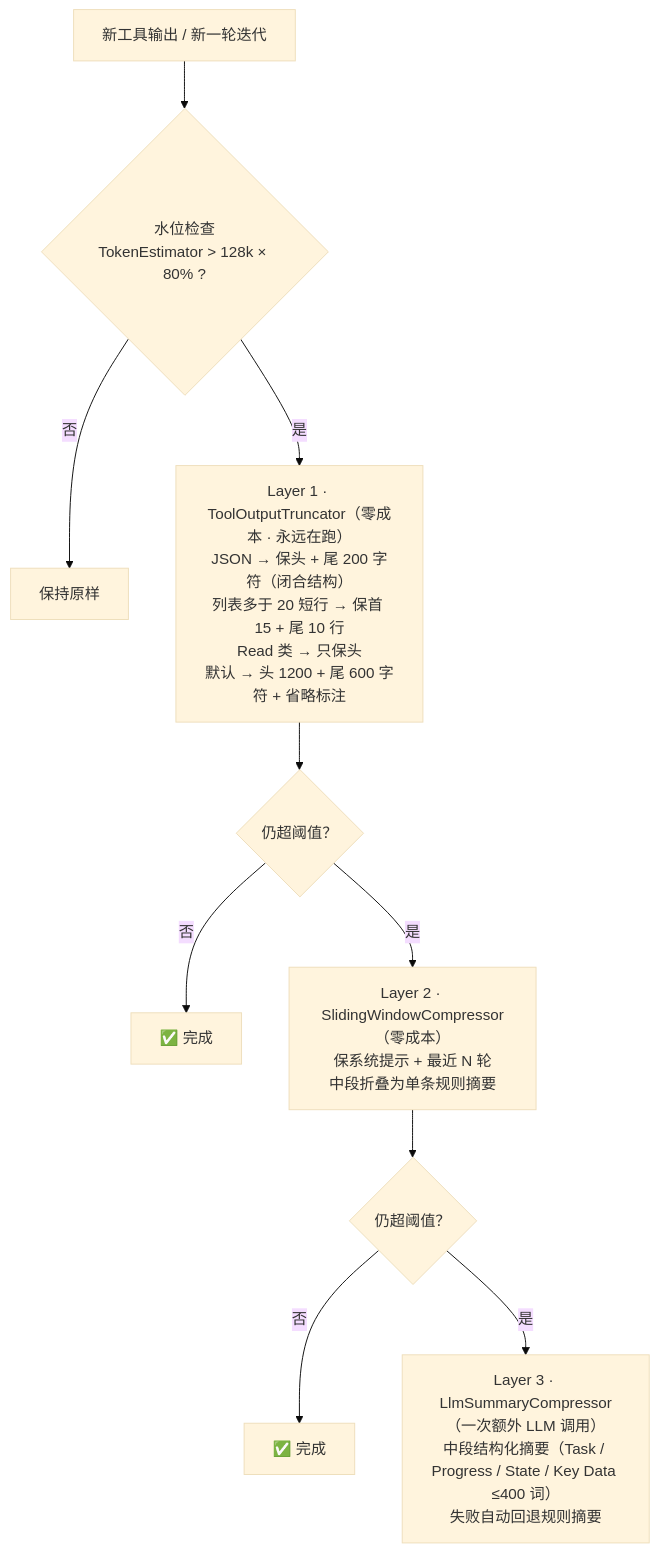
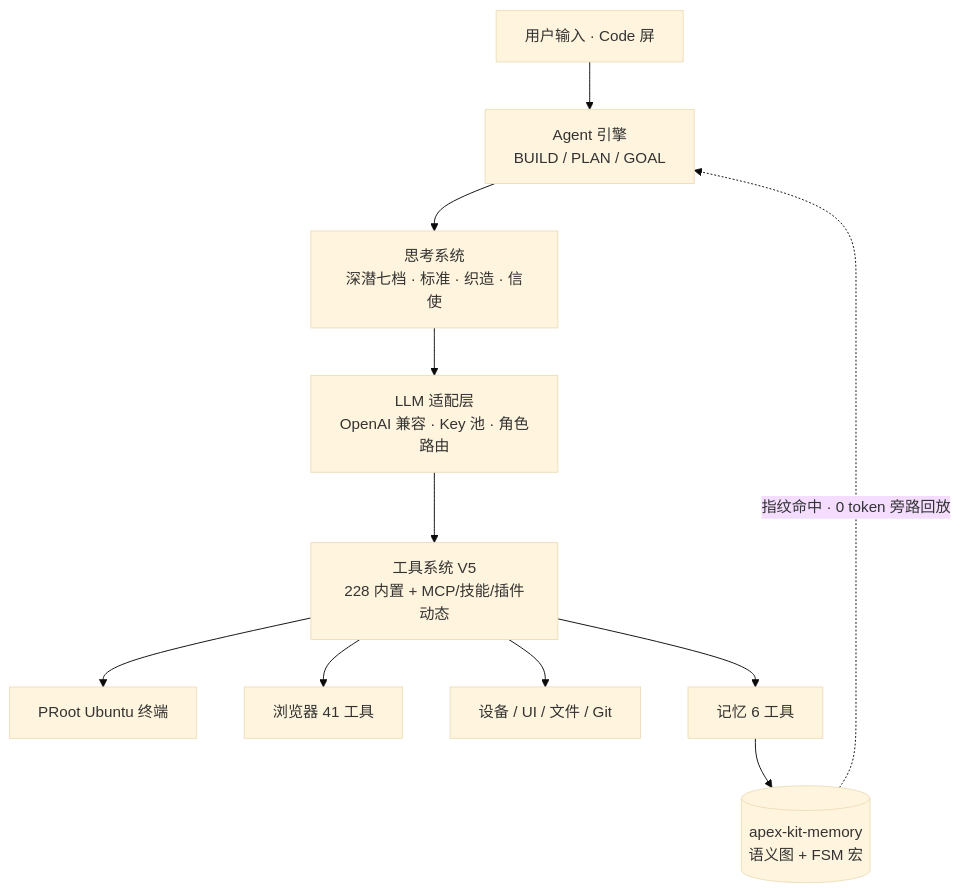
Before and after one commit to zqf20096327/ai_collect: the diagram in data/readmes/Ultra-Guru__Android-Guru-Agent.md, drawn with Mermaid (base theme). The commit also changed other lines of this file and 1494 other files, not shown here.

````diff
--- a/data/readmes/Ultra-Guru__Android-Guru-Agent.md
+++ b/data/readmes/Ultra-Guru__Android-Guru-Agent.md
@@ -593,12 +436,13 @@
 ```mermaid
-flowchart TD
-    IN["新工具输出 / 新一轮迭代"] --> W{"水位检查<br/>TokenEstimator > 128k × 80% ?"}
-    W -- 否 --> KEEP["保持原样"]
-    W -- 是 --> C1["Layer 1 · ToolOutputTruncator（零成本 · 永远在跑）<br/>JSON → 保头 + 尾 200 字符（闭合结构）<br/>列表多于 20 短行 → 保首 15 + 尾 10 行<br/>Read 类 → 只保头<br/>默认 → 头 1200 + 尾 600 字符 + 省略标注"]
-    C1 --> W2{"仍超阈值？"}
-    W2 -- 否 --> DONE1["✅ 完成"]
-    W2 -- 是 --> C2["Layer 2 · SlidingWindowCompressor（零成本）<br/>保系统提示 + 最近 N 轮<br/>中段折叠为单条规则摘要"]
-    C2 --> W3{"仍超阈值？"}
-    W3 -- 否 --> DONE2["✅ 完成"]
-    W3 -- 是 --> C3["Layer 3 · LlmSummaryCompressor（一次额外 LLM 调用）<br/>中段结构化摘要（Task / Progress / State / Key Data ≤400 词）<br/>失败自动回退规则摘要"]
+flowchart TB
+    U["用户输入 · Code 屏"] --> ENG["Agent 引擎<br/>BUILD / PLAN / GOAL"]
+    ENG --> THINK["思考系统<br/>深潜七档 · 标准 · 织造 · 信使"]
+    THINK --> LLM["LLM 适配层<br/>OpenAI 兼容 · Key 池 · 角色路由"]
+    LLM --> TOOLS["工具系统 V5<br/>228 内置 + MCP/技能/插件动态"]
+    TOOLS --> T1["PRoot Ubuntu 终端"]
+    TOOLS --> T2["浏览器 41 工具"]
+    TOOLS --> T3["设备 / UI / 文件 / Git"]
+    TOOLS --> T4["记忆 6 工具"]
+    T4 --> MEM[("apex-kit-memory<br/>语义图 + FSM 宏")]
+    MEM -. "指纹命中 · 0 token 旁路回放" .-> ENG
 ```
````
